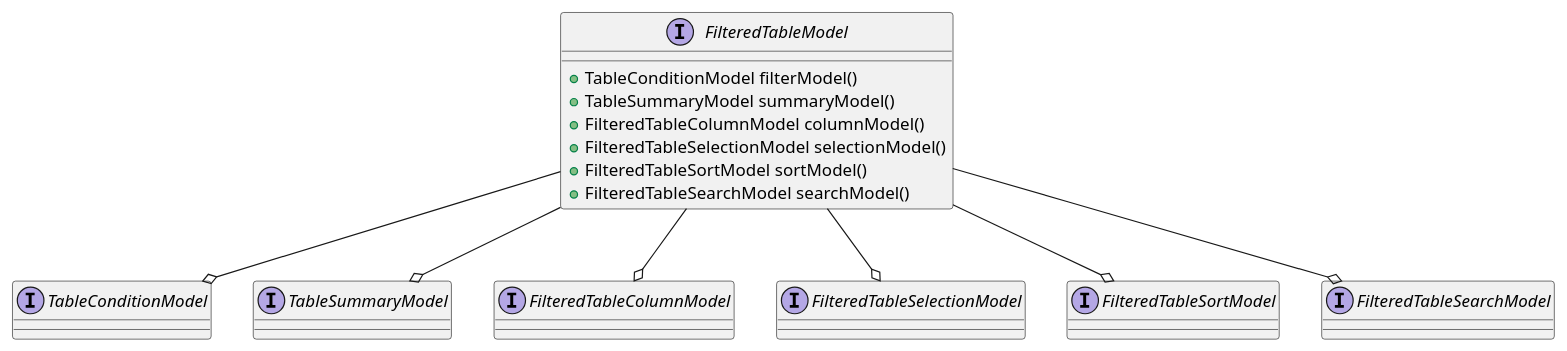
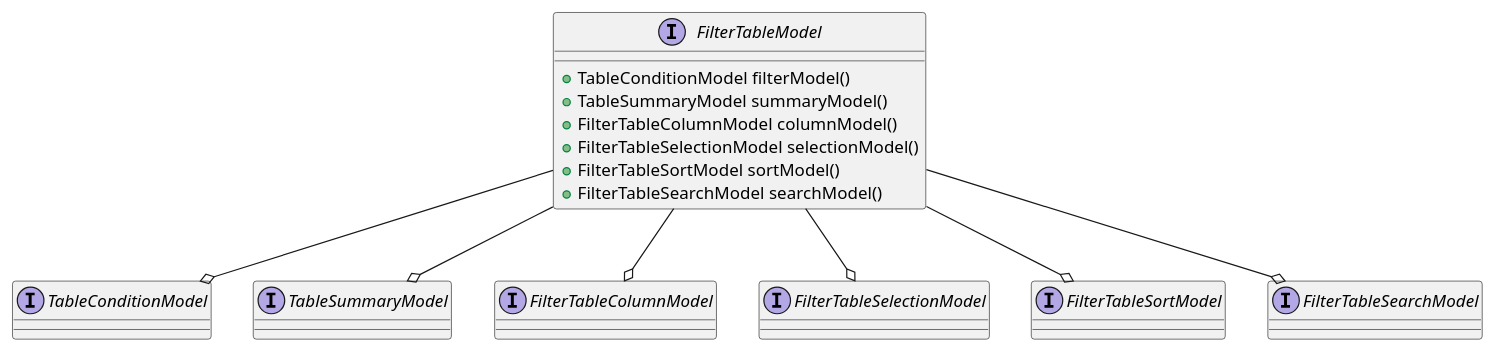
One commit to codion-is/codion changed the diagram in documentation/src/docs/asciidoc/manual/common-model-table.adoc. Above: the diagram before and after it, drawn with PlantUML. The commit also changed other lines of this file and 67 other files, not shown here.

Commit message:
FilteredTableModel renamed FilterTableModel, related renaming FilteredTable renamed FilterTable, related renaming

```diff
--- a/documentation/src/docs/asciidoc/manual/common-model-table.adoc
+++ b/documentation/src/docs/asciidoc/manual/common-model-table.adoc
@@ -7,31 +7,31 @@
-[plantuml, filtered-table-model-diagram, svg, align=center]
+[plantuml, filter-table-model-diagram, svg, align=center]
 -------------------------------------------
 
-interface FilteredTableModel {
+interface FilterTableModel {
     +TableConditionModel filterModel()
     +TableSummaryModel summaryModel()
-    +FilteredTableColumnModel columnModel()
-    +FilteredTableSelectionModel selectionModel()
-    +FilteredTableSortModel sortModel()
-    +FilteredTableSearchModel searchModel()
+    +FilterTableColumnModel columnModel()
+    +FilterTableSelectionModel selectionModel()
+    +FilterTableSortModel sortModel()
+    +FilterTableSearchModel searchModel()
 }
 
 interface TableConditionModel {}
 
 interface TableSummaryModel {}
 
-interface FilteredTableColumnModel {}
+interface FilterTableColumnModel {}
 
-interface FilteredTableSelectionModel {}
+interface FilterTableSelectionModel {}
 
-interface FilteredTableSortModel {}
+interface FilterTableSortModel {}
 
-interface FilteredTableSearchModel {}
+interface FilterTableSearchModel {}
 
-FilteredTableModel --o TableConditionModel
-FilteredTableModel --o TableSummaryModel
-FilteredTableModel --o FilteredTableColumnModel
-FilteredTableModel --o FilteredTableSelectionModel
-FilteredTableModel --o FilteredTableSortModel
-FilteredTableModel --o FilteredTableSearchModel
+FilterTableModel --o TableConditionModel
+FilterTableModel --o TableSummaryModel
+FilterTableModel --o FilterTableColumnModel
+FilterTableModel --o FilterTableSelectionModel
+FilterTableModel --o FilterTableSortModel
+FilterTableModel --o FilterTableSearchModel
 -------------------------------------------
```
